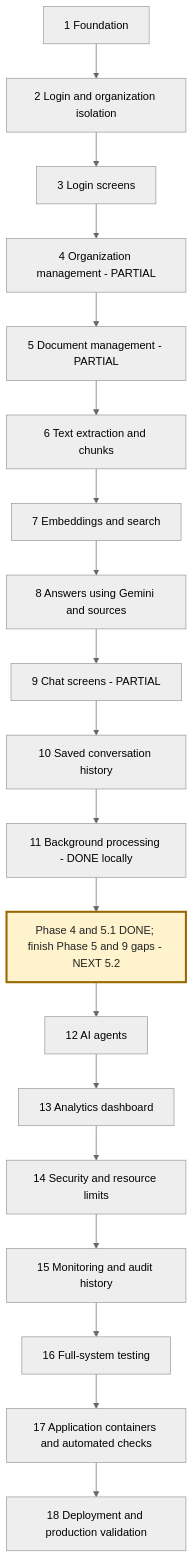
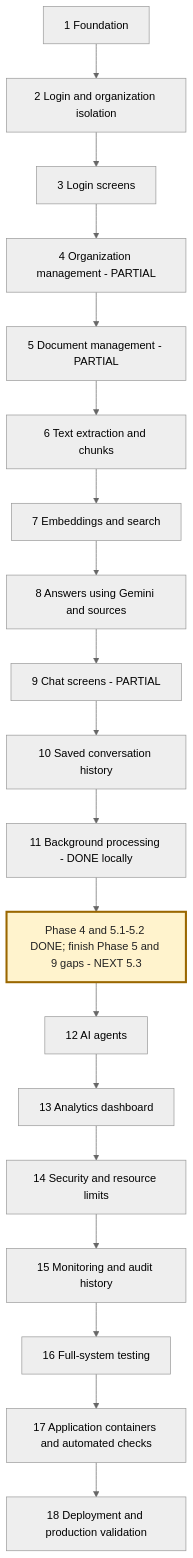
Before and after one commit to msdian0007/nexaAi: the second of 3 diagrams in NEXAAI_ROADMAP.md, drawn with Mermaid (neutral theme). The commit also changed other lines of this file and 22 other files, not shown here.

````diff
--- a/NEXAAI_ROADMAP.md
+++ b/NEXAAI_ROADMAP.md
@@ -187,22 +189,22 @@
 ```mermaid
 flowchart TD
     A[1 Foundation] --> B[2 Login and organization isolation]
     B --> C[3 Login screens]
     C --> D[4 Organization management - PARTIAL]
     D --> E[5 Document management - PARTIAL]
     E --> F[6 Text extraction and chunks]
     F --> G[7 Embeddings and search]
     G --> H[8 Answers using Gemini and sources]
     H --> I[9 Chat screens - PARTIAL]
     I --> J[10 Saved conversation history]
     J --> K[11 Background processing - DONE locally]
-    K --> L[Phase 4 and 5.1 DONE; finish Phase 5 and 9 gaps - NEXT 5.2]
+    K --> L[Phase 4 and 5.1-5.2 DONE; finish Phase 5 and 9 gaps - NEXT 5.3]
     L --> M[12 AI agents]
     M --> N[13 Analytics dashboard]
     N --> O[14 Security and resource limits]
     O --> P[15 Monitoring and audit history]
     P --> Q[16 Full-system testing]
     Q --> R[17 Application containers and automated checks]
     R --> S[18 Deployment and production validation]
     style L fill:#fff3cd,stroke:#9a6700,stroke-width:3px,color:#222
 ```
````
